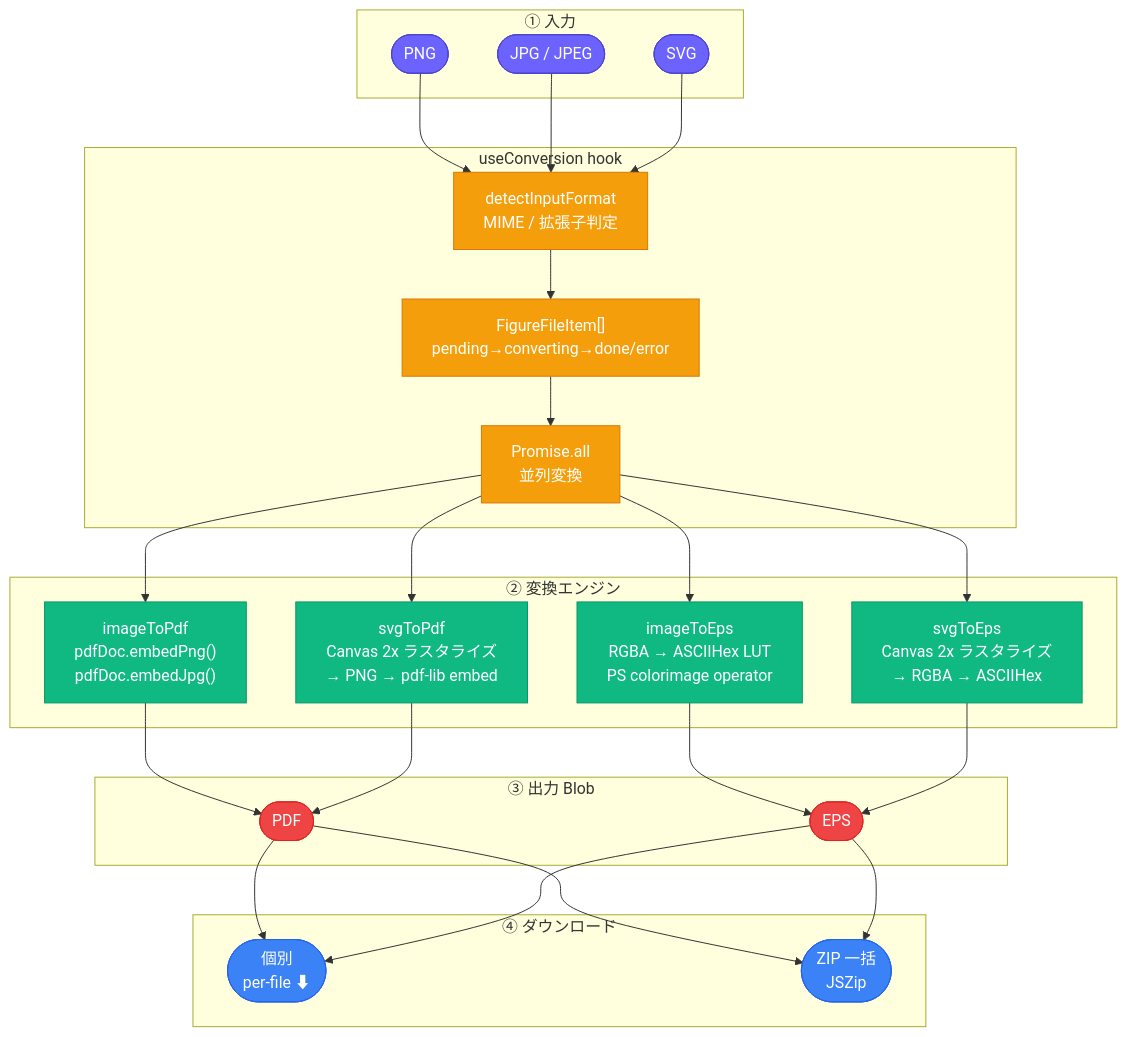
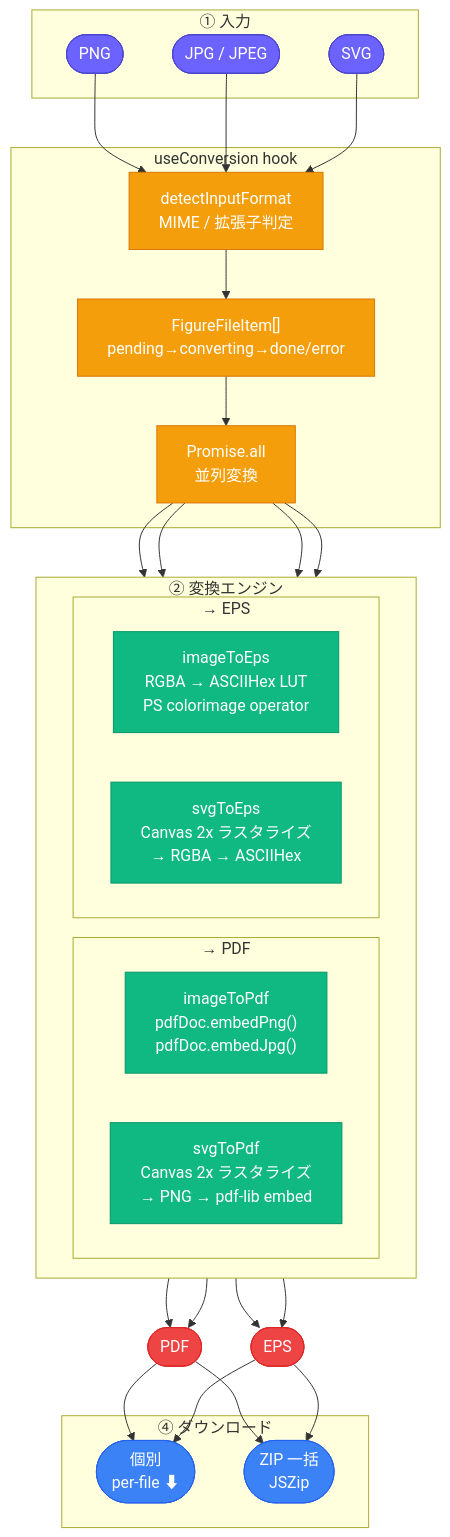
One commit to Axe0320/latex-figure-composer changed the first of 2 diagrams in README.md. Above: the diagram before and after it, drawn with Mermaid.

Commit message:
docs: fix mermaid crossing arrows by grouping converters by output type

````diff
--- a/README.md
+++ b/README.md
@@ -86,46 +86,50 @@
 ```mermaid
 flowchart TD
     classDef input fill:#6C63FF,color:#fff,stroke:#4a44cc
     classDef conv  fill:#10B981,color:#fff,stroke:#059669
     classDef out   fill:#EF4444,color:#fff,stroke:#DC2626
     classDef dl    fill:#3B82F6,color:#fff,stroke:#2563EB
     classDef hook  fill:#F59E0B,color:#fff,stroke:#D97706
 
     subgraph IN["① 入力"]
         PNG([PNG]):::input
         JPG([JPG / JPEG]):::input
         SVG([SVG]):::input
     end
 
     subgraph HOOK["useConversion hook"]
         DET["detectInputFormat\nMIME / 拡張子判定"]:::hook
         STATE["FigureFileItem[]\npending→converting→done/error"]:::hook
         PAR["Promise.all\n並列変換"]:::hook
         DET --> STATE --> PAR
     end
 
     subgraph CONV["② 変換エンジン"]
-        P1["imageToPdf\npdfDoc.embedPng()\npdfDoc.embedJpg()"]:::conv
-        P2["svgToPdf\nCanvas 2x ラスタライズ\n→ PNG → pdf-lib embed"]:::conv
-        E1["imageToEps\nRGBA → ASCIIHex LUT\nPS colorimage operator"]:::conv
-        E2["svgToEps\nCanvas 2x ラスタライズ\n→ RGBA → ASCIIHex"]:::conv
+        direction LR
+        subgraph CPDF["→ PDF"]
+            P1["imageToPdf\npdfDoc.embedPng()\npdfDoc.embedJpg()"]:::conv
+            P2["svgToPdf\nCanvas 2x ラスタライズ\n→ PNG → pdf-lib embed"]:::conv
+        end
+        subgraph CEPS["→ EPS"]
+            E1["imageToEps\nRGBA → ASCIIHex LUT\nPS colorimage operator"]:::conv
+            E2["svgToEps\nCanvas 2x ラスタライズ\n→ RGBA → ASCIIHex"]:::conv
+        end
     end
 
-    subgraph OUT["③ 出力 Blob"]
-        PDF([PDF]):::out
-        EPS([EPS]):::out
-    end
+    PDF([PDF]):::out
+    EPS([EPS]):::out
 
     subgraph DL["④ ダウンロード"]
         INDIV([個別\nper-file ⬇]):::dl
         ZIP([ZIP 一括\nJSZip]):::dl
     end
 
     PNG & JPG --> DET
     SVG --> DET
-    PAR --> P1 & P2 & E1 & E2
+    PAR --> P1 & P2
+    PAR --> E1 & E2
     P1 & P2 --> PDF
     E1 & E2 --> EPS
     PDF & EPS --> INDIV
     PDF & EPS --> ZIP
 ```
````
